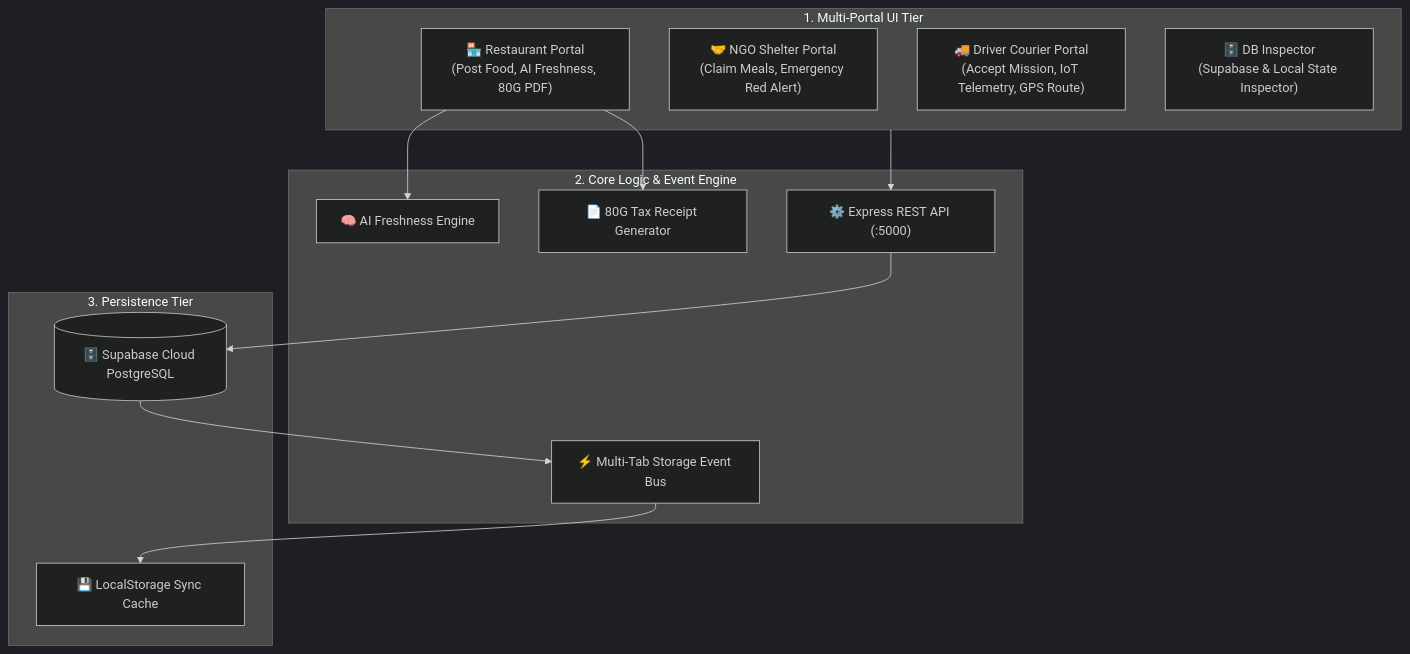
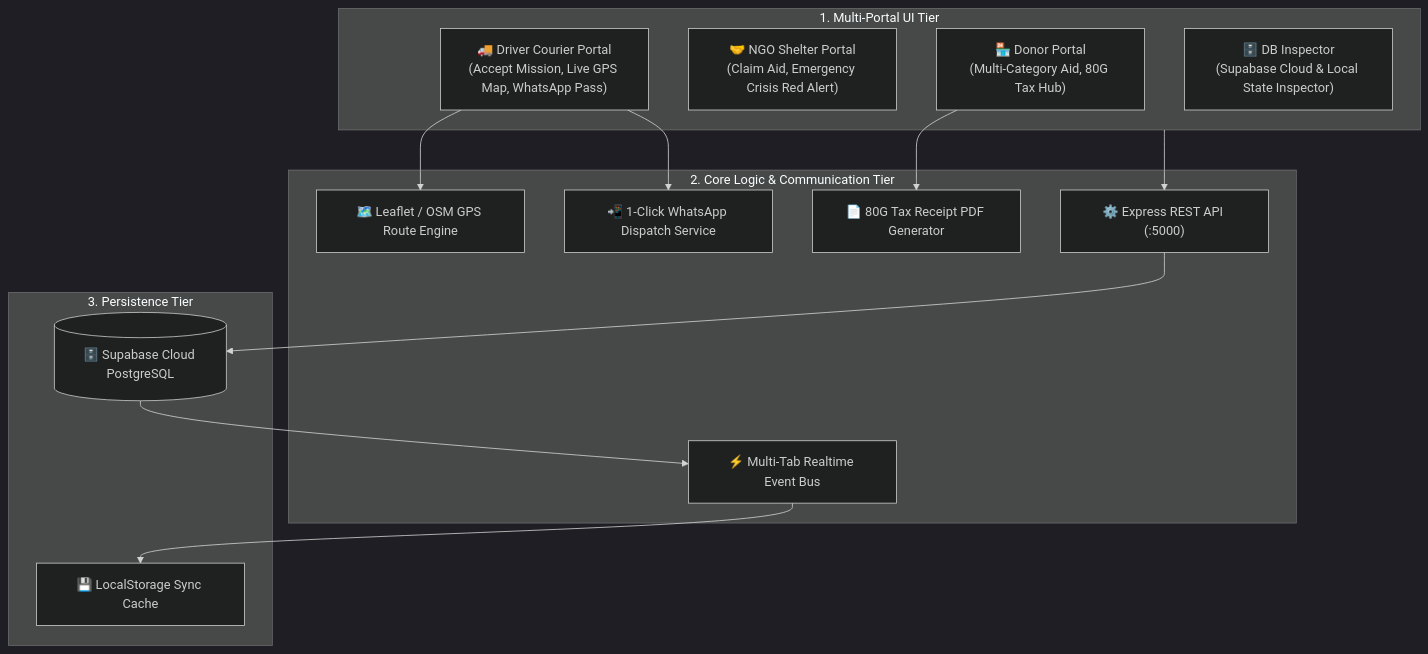
The diagram in README.md (sachinjatavat/Shelter), drawn with Mermaid (dark theme) before and after one commit. The commit also changed other lines of this file and 2 other files, not shown here.

````diff
--- a/README.md
+++ b/README.md
@@ -103,28 +124,30 @@
 ```mermaid
 flowchart TD
     subgraph FRONTEND["1. Multi-Portal UI Tier"]
-        R["🏪 Restaurant Portal<br/>(Post Food, AI Freshness, 80G PDF)"]
-        N["🤝 NGO Shelter Portal<br/>(Claim Meals, Emergency Red Alert)"]
-        D["🚚 Driver Courier Portal<br/>(Accept Mission, IoT Telemetry, GPS Route)"]
-        DBV["🗄️ DB Inspector<br/>(Supabase & Local State Inspector)"]
+        R["🏪 Donor Portal<br/>(Multi-Category Aid, 80G Tax Hub)"]
+        N["🤝 NGO Shelter Portal<br/>(Claim Aid, Emergency Crisis Red Alert)"]
+        D["🚚 Driver Courier Portal<br/>(Accept Mission, Live GPS Map, WhatsApp Pass)"]
+        DBV["🗄️ DB Inspector<br/>(Supabase Cloud & Local State Inspector)"]
     end
 
-    subgraph BACKEND["2. Core Logic & Event Engine"]
-        AI["🧠 AI Freshness Engine"]
-        PDF["📄 80G Tax Receipt Generator"]
-        SYNC["⚡ Multi-Tab Storage Event Bus"]
+    subgraph BACKEND["2. Core Logic & Communication Tier"]
+        MAPS["🗺️ Leaflet / OSM GPS Route Engine"]
+        WA["📲 1-Click WhatsApp Dispatch Service"]
+        PDF["📄 80G Tax Receipt PDF Generator"]
+        SYNC["⚡ Multi-Tab Realtime Event Bus"]
         API["⚙️ Express REST API (:5000)"]
     end
 
     subgraph DATABASE["3. Persistence Tier"]
         DB[(🗄️ Supabase Cloud PostgreSQL)]
         LS["💾 LocalStorage Sync Cache"]
     end
 
     FRONTEND --> API
     API --> DB
     DB --> SYNC
     SYNC --> LS
     R --> PDF
-    R --> AI
+    D --> MAPS
+    D --> WA
 ```
````
